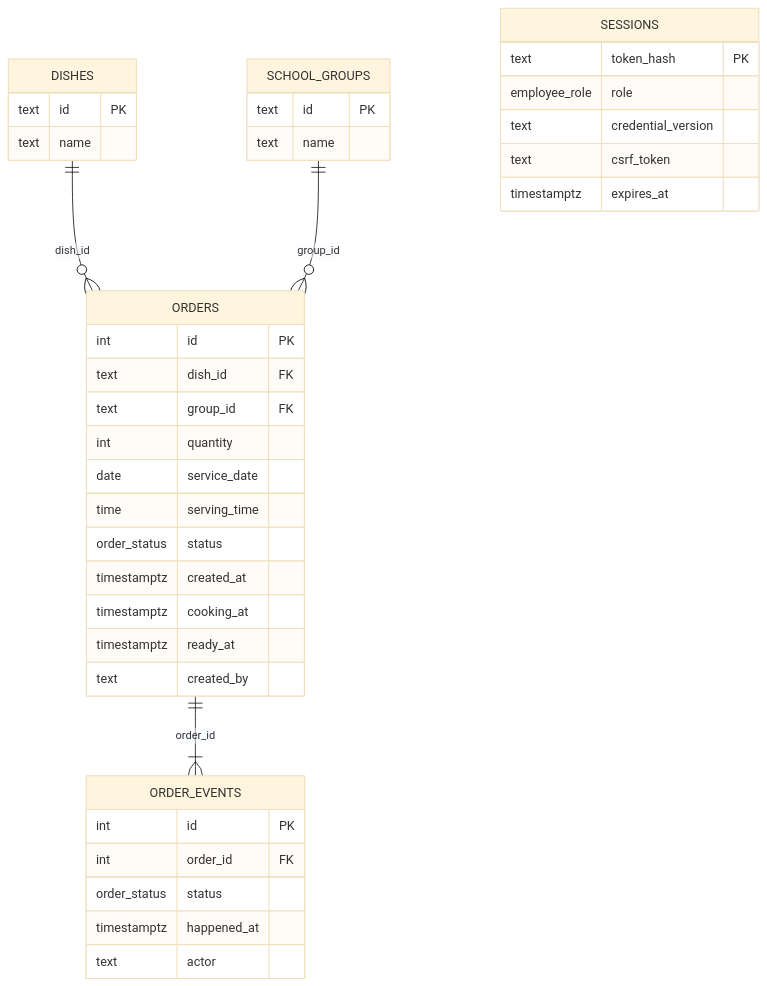
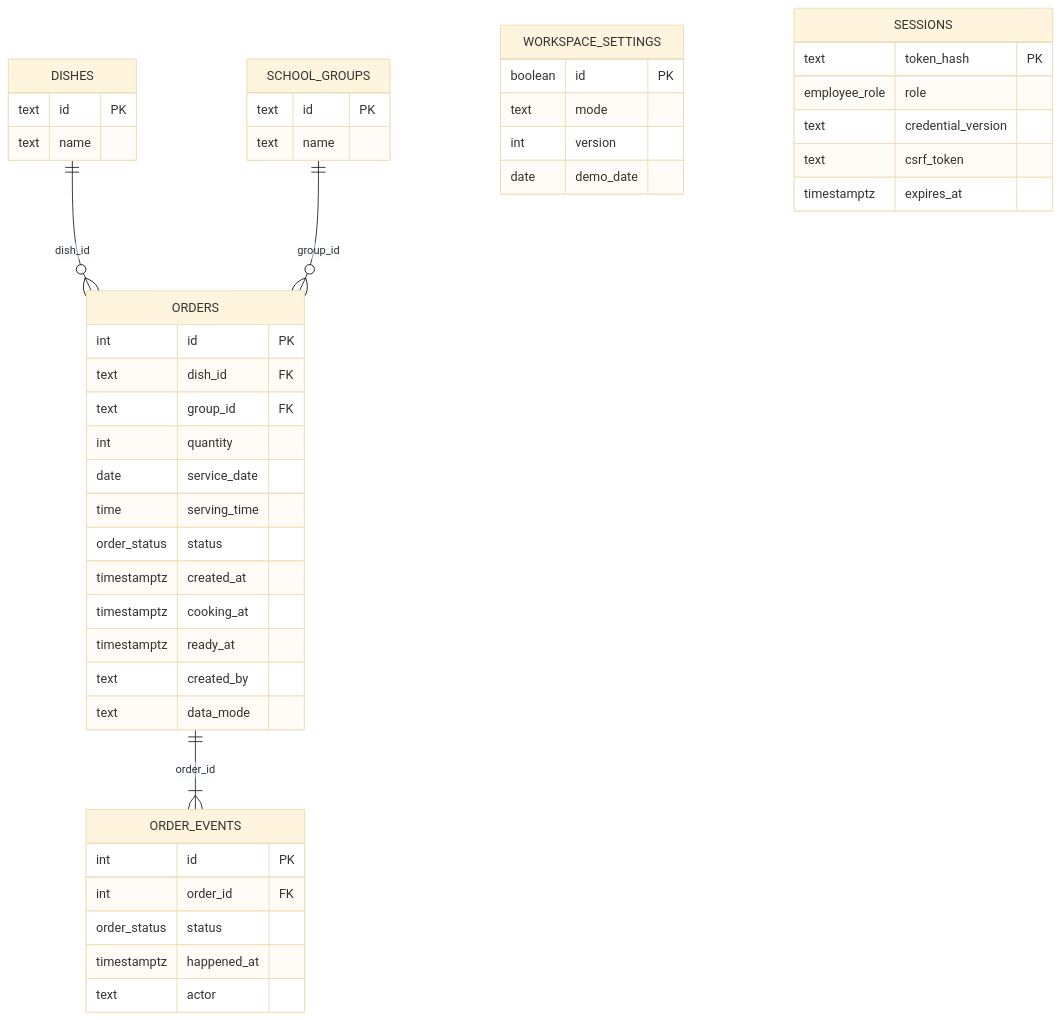
One commit to Hqzdev/stolovaya changed the diagram in docs/ARCHITECTURE.md. Above: the diagram before and after it, drawn with Mermaid (base theme). The commit also changed other lines of this file and 39 other files, not shown here.

````diff
--- a/docs/ARCHITECTURE.md
+++ b/docs/ARCHITECTURE.md
@@ -26,41 +27,48 @@
 ```mermaid
 erDiagram
     DISHES ||--o{ ORDERS : dish_id
     SCHOOL_GROUPS ||--o{ ORDERS : group_id
     ORDERS ||--|{ ORDER_EVENTS : order_id
     DISHES {
       text id PK
       text name
     }
     SCHOOL_GROUPS {
       text id PK
       text name
     }
     ORDERS {
       int id PK
       text dish_id FK
       text group_id FK
       int quantity
       date service_date
       time serving_time
       order_status status
       timestamptz created_at
       timestamptz cooking_at
       timestamptz ready_at
       text created_by
+      text data_mode
     }
     ORDER_EVENTS {
       int id PK
       int order_id FK
       order_status status
       timestamptz happened_at
       text actor
+    }
+    WORKSPACE_SETTINGS {
+      boolean id PK
+      text mode
+      int version
+      date demo_date
     }
     SESSIONS {
       text token_hash PK
       employee_role role
       text credential_version
       text csrf_token
       timestamptz expires_at
     }
 ```
````
